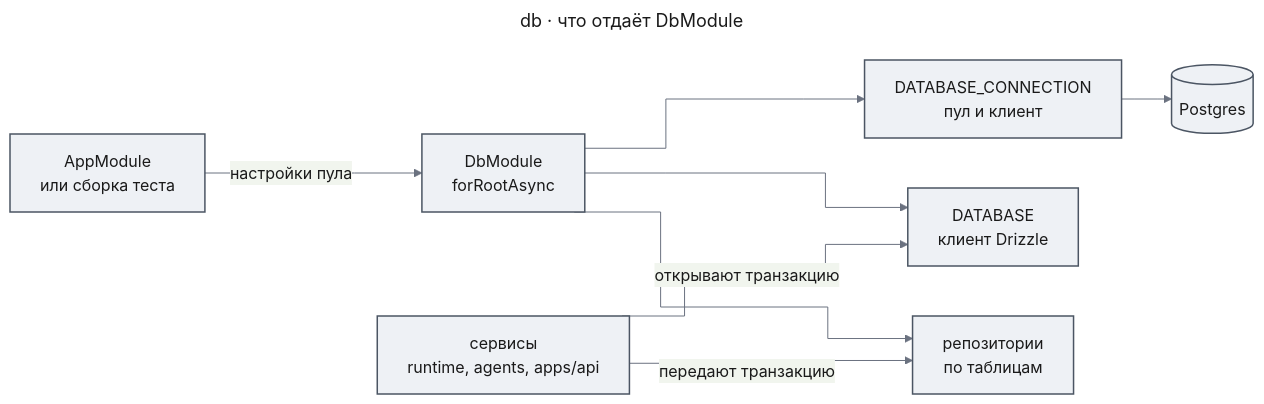
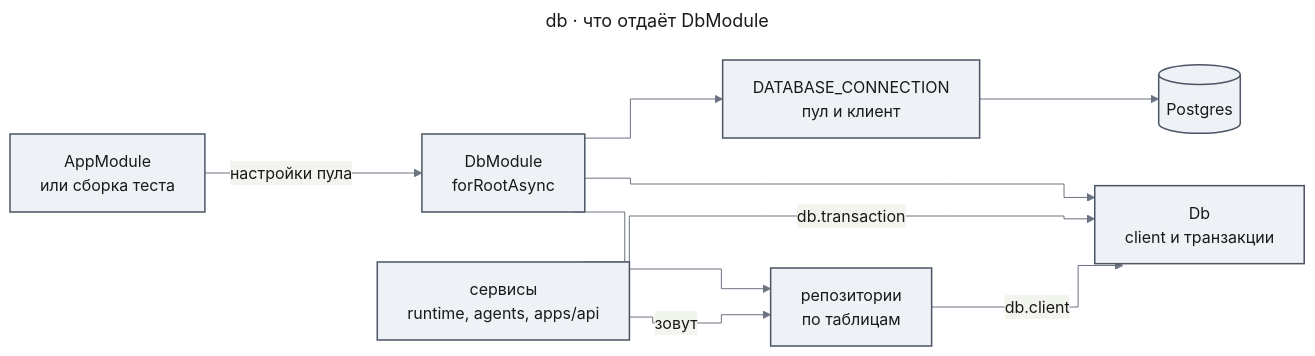
Before and after one commit to tundraray/agent-os: the diagram in docs/code-system/packages/db.md, drawn with Mermaid. The commit also changed other lines of this file and 61 other files, not shown here.

````diff
--- a/docs/code-system/packages/db.md
+++ b/docs/code-system/packages/db.md
@@ -5,32 +5,33 @@
 ```mermaid
 ---
 title: "db · что отдаёт DbModule"
 config:
   theme: base
   look: classic
   themeVariables:
     primaryColor: "#eef1f5"
     primaryBorderColor: "#4b5563"
     primaryTextColor: "#1a1a1a"
     lineColor: "#6b7280"
   flowchart:
     curve: step
 ---
 flowchart LR
     root["AppModule<br/>или сборка теста"]
     module["DbModule<br/>forRootAsync"]
     conn["DATABASE_CONNECTION<br/>пул и клиент"]
-    client["DATABASE<br/>клиент Drizzle"]
+    dbin["Db<br/>client и транзакции"]
     repos["репозитории<br/>по таблицам"]
     users["сервисы<br/>runtime, agents, apps/api"]
     pg[("Postgres")]
     root -->|"настройки пула"| module
     module --> conn
-    module --> client
+    module --> dbin
     module --> repos
     conn --> pg
-    users -->|"открывают транзакцию"| client
-    users -->|"передают транзакцию"| repos
+    users -->|"db.transaction"| dbin
+    users -->|"зовут"| repos
+    repos -->|"db.client"| dbin
     classDef unchanged fill:#eef1f5,stroke:#4b5563,stroke-width:1.5px,color:#1a1a1a
-    class root,module,conn,client,repos,users,pg unchanged
+    class root,module,conn,dbin,repos,users,pg unchanged
 ```
````
